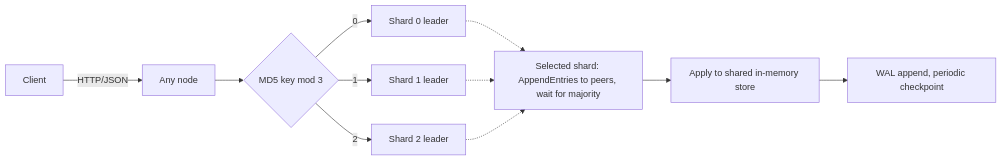
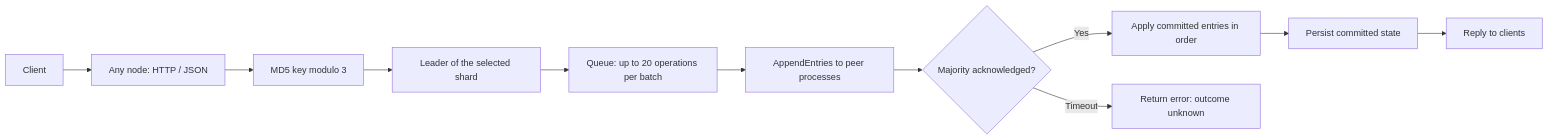
The diagram in README.md (96528025/distributed-kv), drawn with Mermaid before and after one commit. The commit also changed other lines of this file, not shown here.

````diff
--- a/README.md
+++ b/README.md
@@ -79,13 +54,13 @@
 ```mermaid
 flowchart LR
-    C[Client] -->|HTTP/JSON| N[Any node]
-    N --> H{MD5 key mod 3}
-    H -->|0| S0[Shard 0 leader]
-    H -->|1| S1[Shard 1 leader]
-    H -->|2| S2[Shard 2 leader]
-    S0 -.-> Q
-    S1 -.-> Q
-    S2 -.-> Q
-    Q[Selected shard: AppendEntries to peers, wait for majority] --> A[Apply to shared in-memory store]
-    A --> P[WAL append, periodic checkpoint]
+    C[Client] --> N[Any node: HTTP / JSON]
+    N --> H[MD5 key modulo 3]
+    H --> L[Leader of the selected shard]
+    L --> B[Queue: up to 20 operations per batch]
+    B --> R[AppendEntries to peer processes]
+    R --> Q{Majority acknowledged?}
+    Q -->|Yes| A[Apply committed entries in order]
+    A --> S[Persist committed state]
+    S --> OK[Reply to clients]
+    Q -->|Timeout| U[Return error: outcome unknown]
 ```
````
